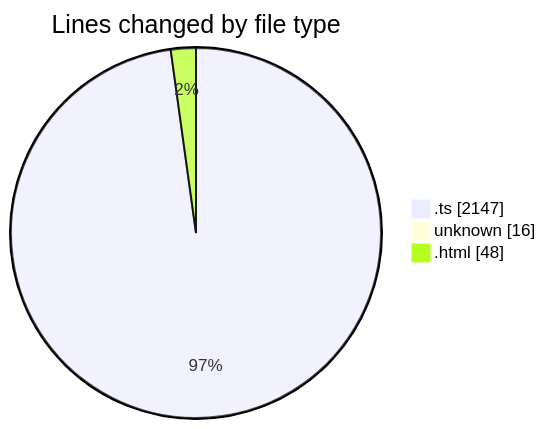
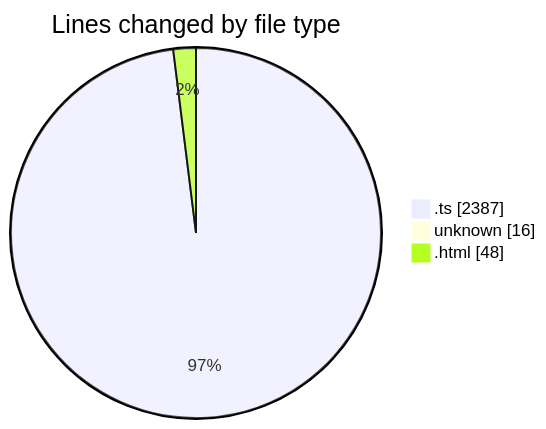
The first of 2 diagrams in 2026-02-06/singularitybrainai/README.md (tmsrecording-cyber/code-tracking), drawn with Mermaid before and after one commit. The commit also changed other lines of this file and 1 other file, not shown here.

````diff
--- a/2026-02-06/singularitybrainai/README.md
+++ b/2026-02-06/singularitybrainai/README.md
@@ -26,7 +26,7 @@
 ```mermaid
 pie showData
 title Lines changed by file type
-".ts" : 2147
+".ts" : 2387
 "unknown" : 16
 ".html" : 48
 ```
````
